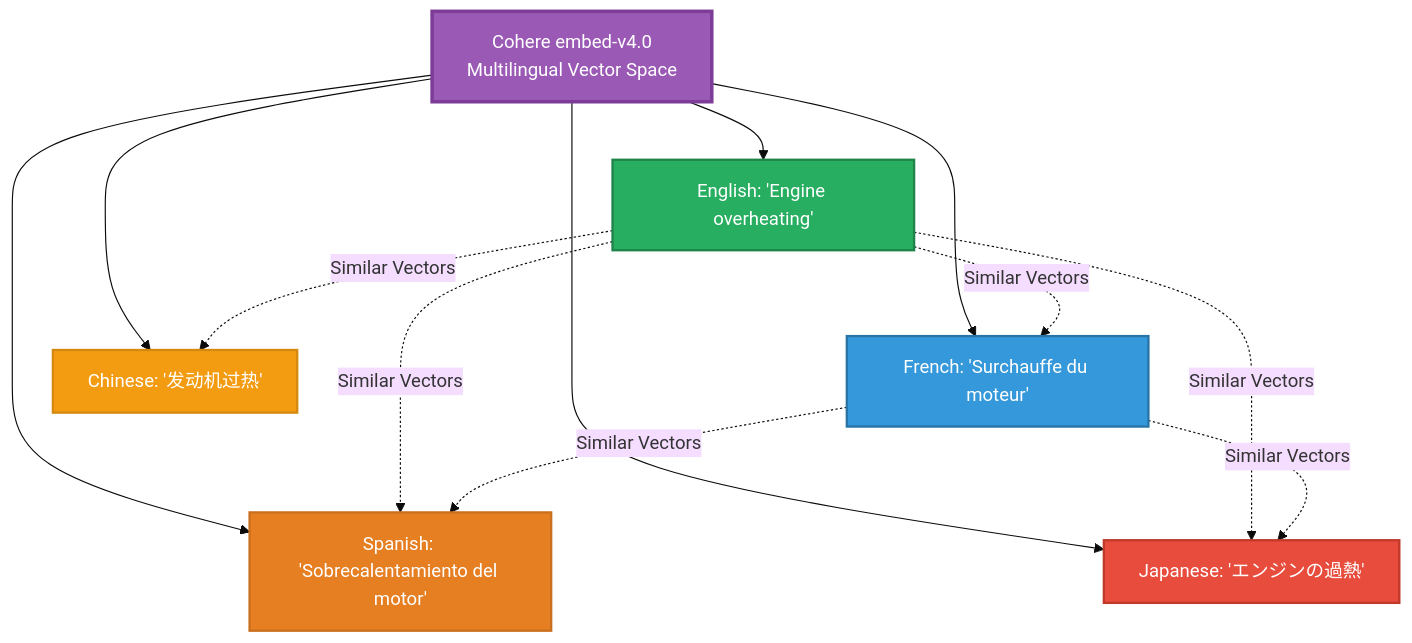
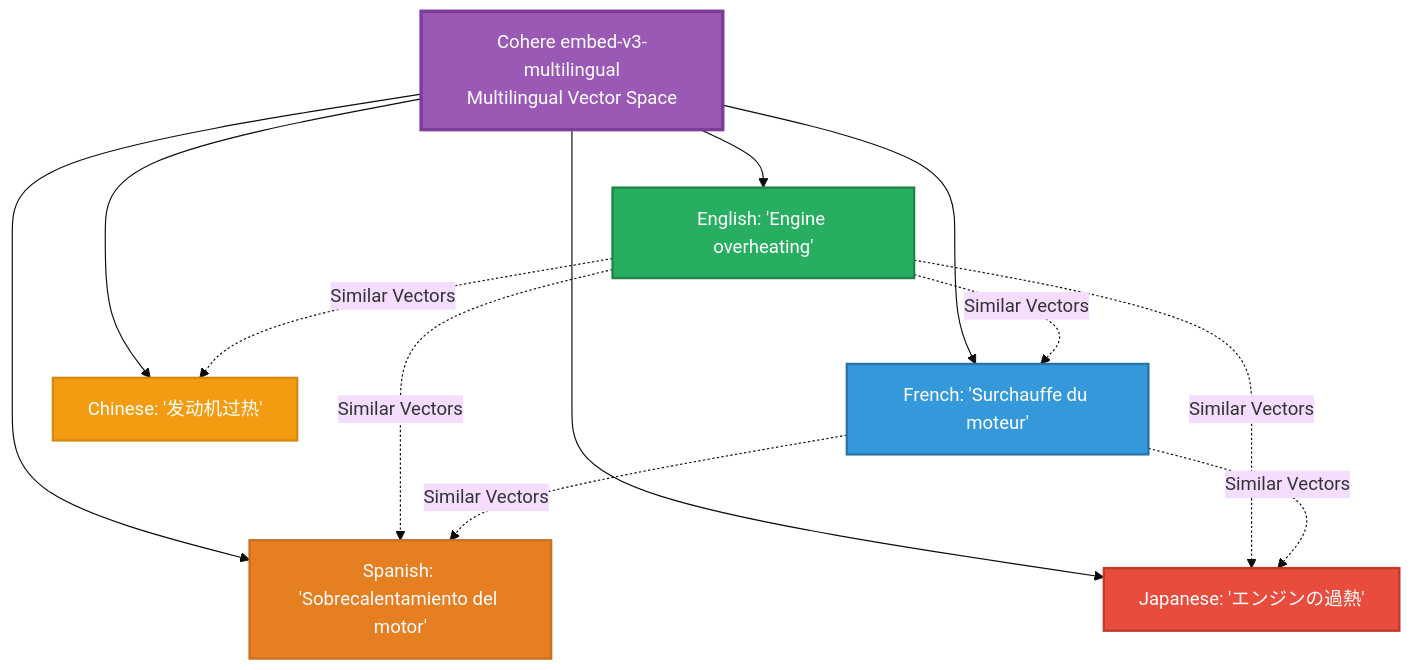
The fourth of 8 diagrams in README.md (hugogirard/RagMultilanguageDemo), drawn with Mermaid (base theme) before and after one commit. The commit also changed other lines of this file, not shown here.

Commit message:
Update README to reflect changes in Cohere embedding model version and enhance multilingual support details

````diff
--- a/README.md
+++ b/README.md
@@ -241,22 +238,22 @@
 ```mermaid
 graph TB
-    A[Cohere embed-v4.0<br/>Multilingual Vector Space] --> B[English: 'Engine overheating']
+    A[Cohere embed-v3-multilingual<br/>Multilingual Vector Space] --> B[English: 'Engine overheating']
     A --> C[French: 'Surchauffe du moteur']
     A --> D[Spanish: 'Sobrecalentamiento del motor']
     A --> E[Japanese: 'エンジンの過熱']
     A --> F[Chinese: '发动机过热']
     
     B -.Similar Vectors.-> C
     B -.Similar Vectors.-> D
     B -.Similar Vectors.-> E
     B -.Similar Vectors.-> F
     C -.Similar Vectors.-> D
     C -.Similar Vectors.-> E
     
     style A fill:#9B59B6,stroke:#7D3C98,stroke-width:3px,color:#fff
     style B fill:#27AE60,stroke:#1E8449,stroke-width:2px,color:#fff
     style C fill:#3498DB,stroke:#2874A6,stroke-width:2px,color:#fff
     style D fill:#E67E22,stroke:#CA6F1E,stroke-width:2px,color:#fff
     style E fill:#E74C3C,stroke:#C0392B,stroke-width:2px,color:#fff
     style F fill:#F39C12,stroke:#D68910,stroke-width:2px,color:#fff
 ```
````
